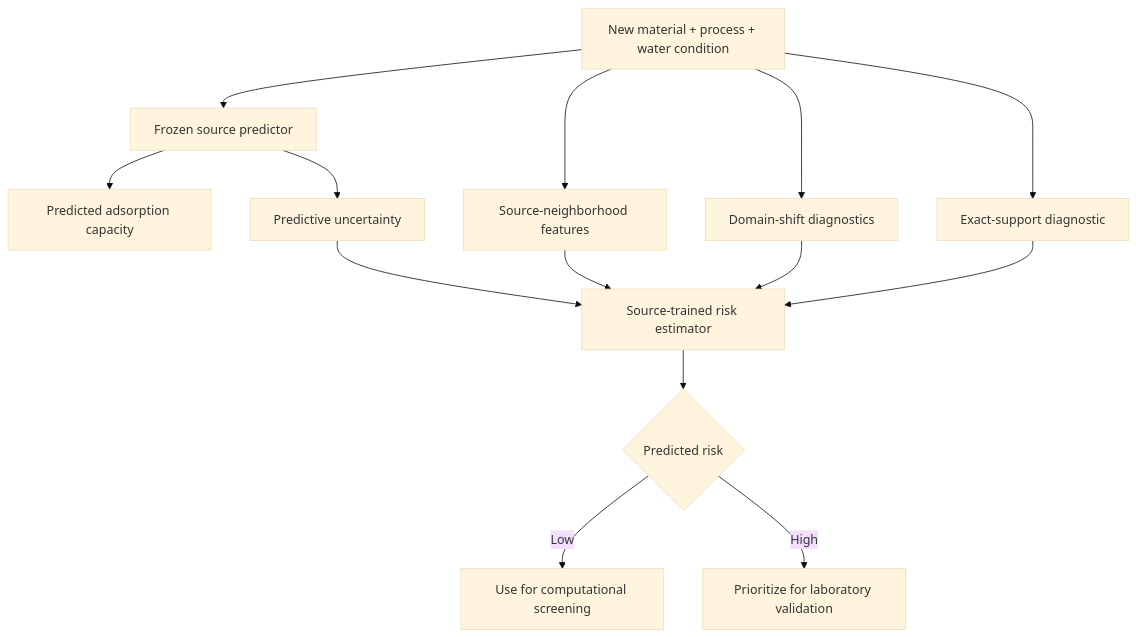
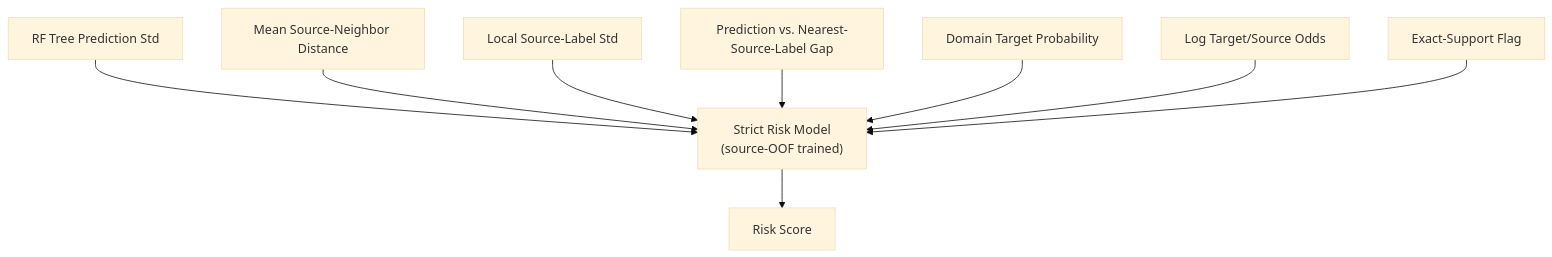
One commit to Rattandeep0500/Adaptive-drst changed the fifth of 6 diagrams in README.md. Above: the diagram before and after it, drawn with Mermaid (base theme). The commit also changed other lines of this file, not shown here.

Commit message:
Upgrade Adaptive-DRST research README with visual architecture and results

````diff
--- a/README.md
+++ b/README.md
@@ -152,19 +444,11 @@
 ```mermaid
 flowchart TD
-    X["New material + process + water condition"] --> P["Frozen source predictor"]
-    P --> Y["Predicted adsorption capacity"]
-    P --> U["Predictive uncertainty"]
-
-    X --> N["Source-neighborhood features"]
-    X --> D["Domain-shift diagnostics"]
-    X --> S["Exact-support diagnostic"]
-
-    U --> R["Source-trained risk estimator"]
-    N --> R
-    D --> R
-    S --> R
-
-    R --> Q{"Predicted risk"}
-    Q -- "Low" --> A["Use for computational screening"]
-    Q -- "High" --> B["Prioritize for laboratory validation"]
+    F1["RF Tree Prediction Std"] --> RM["Strict Risk Model<br/>(source-OOF trained)"]
+    F2["Mean Source-Neighbor Distance"] --> RM
+    F3["Local Source-Label Std"] --> RM
+    F4["Prediction vs. Nearest-Source-Label Gap"] --> RM
+    F5["Domain Target Probability"] --> RM
+    F6["Log Target/Source Odds"] --> RM
+    F7["Exact-Support Flag"] --> RM
+    RM --> RS["Risk Score"]
 ```
````
